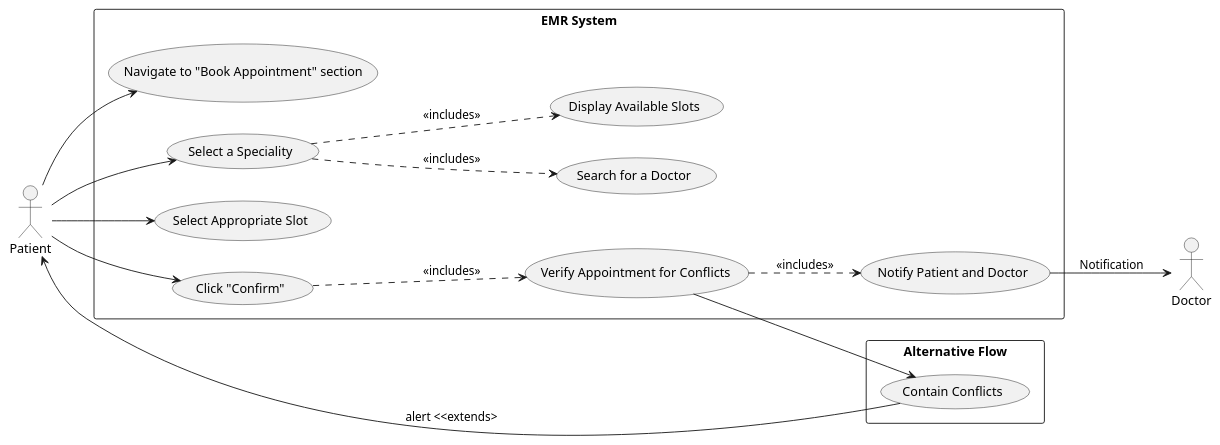
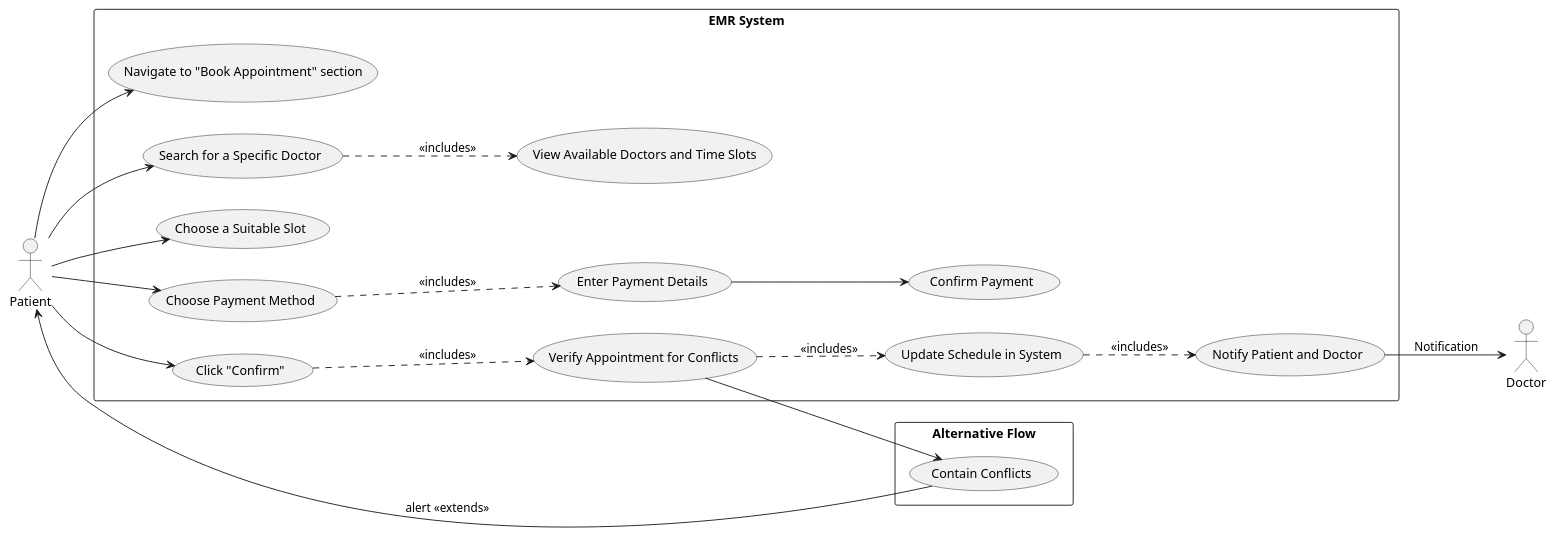
Before and after one commit to malak-elbanna/Usecases_Reqs: the diagram in BookAppointment/diagram.puml, drawn with PlantUML. The commit also changed 16 other files, not shown here.

```diff
--- a/BookAppointment/diagram.puml
+++ b/BookAppointment/diagram.puml
@@ -1,22 +1,25 @@
 @startuml
 left to right direction
 actor Patient as p
 actor Doctor as d
 
 rectangle "EMR System" {
     p --> (Navigate to "Book Appointment" section)
-    p --> (Select a Speciality)
-    (Select a Speciality) ..> (Search for a Doctor): <<includes>>
-    (Select a Speciality) ..> (Display Available Slots): <<includes>>
-    p --> (Select Appropriate Slot)
+    p --> (Search for a Specific Doctor)
+    (Search for a Specific Doctor) ..> (View Available Doctors and Time Slots): <<includes>>
+    p --> (Choose a Suitable Slot)
+    p --> (Choose Payment Method)
+    (Choose Payment Method) ..> (Enter Payment Details): <<includes>>
+    (Enter Payment Details) --> (Confirm Payment)
     p --> (Click "Confirm")
     (Click "Confirm") ..> (Verify Appointment for Conflicts): <<includes>>
-    (Verify Appointment for Conflicts) ..> (Notify Patient and Doctor): <<includes>>
+    (Verify Appointment for Conflicts) ..> (Update Schedule in System): <<includes>>
+    (Update Schedule in System) ..> (Notify Patient and Doctor): <<includes>>
     (Notify Patient and Doctor) --> d: Notification
 }
 
 rectangle "Alternative Flow" {
     (Verify Appointment for Conflicts) --> (Contain Conflicts)
-    p <-- (Contain Conflicts) : alert <<extends>
+    p <-- (Contain Conflicts) : alert <<extends>>
 }
 @enduml
```
